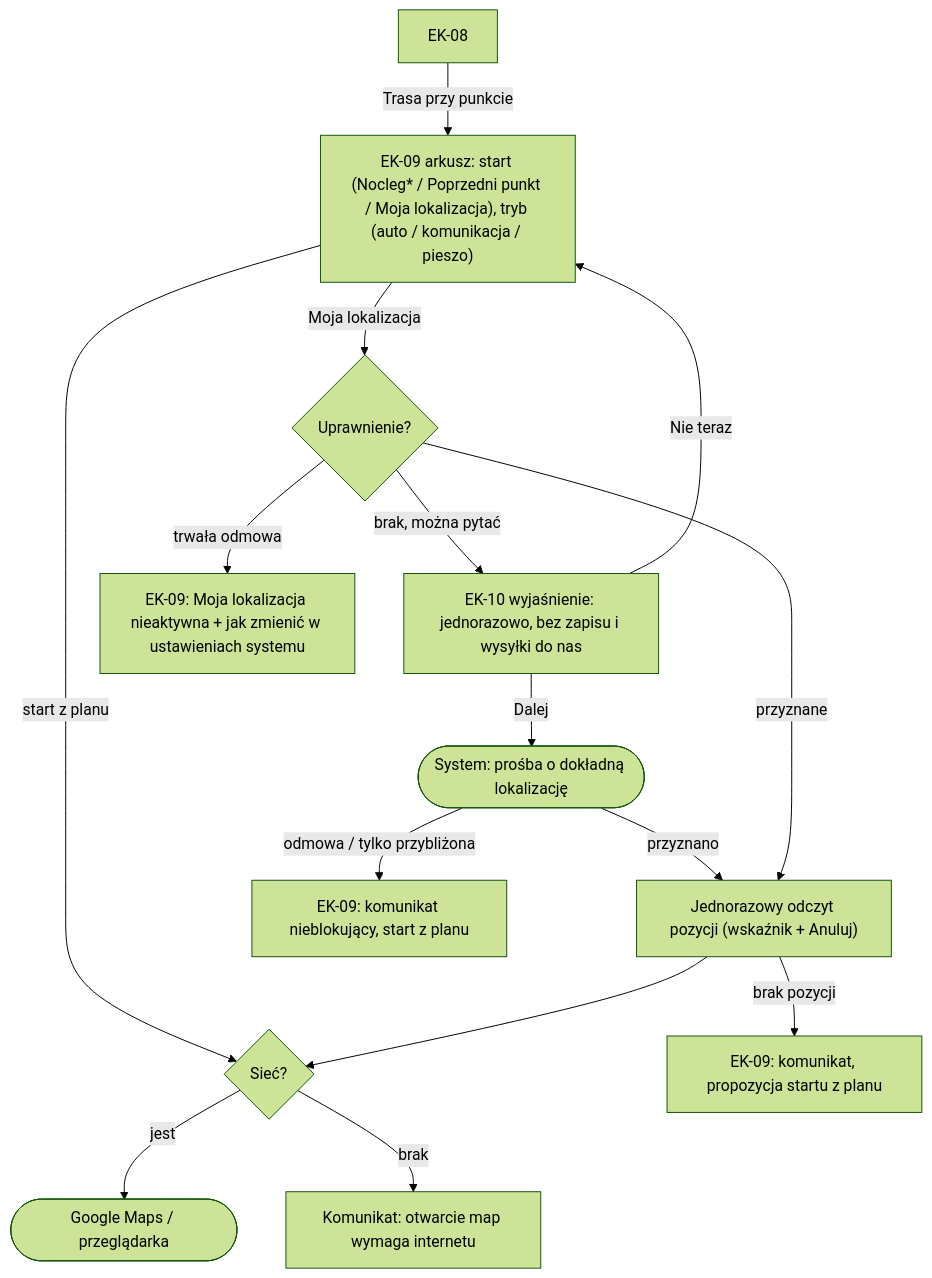
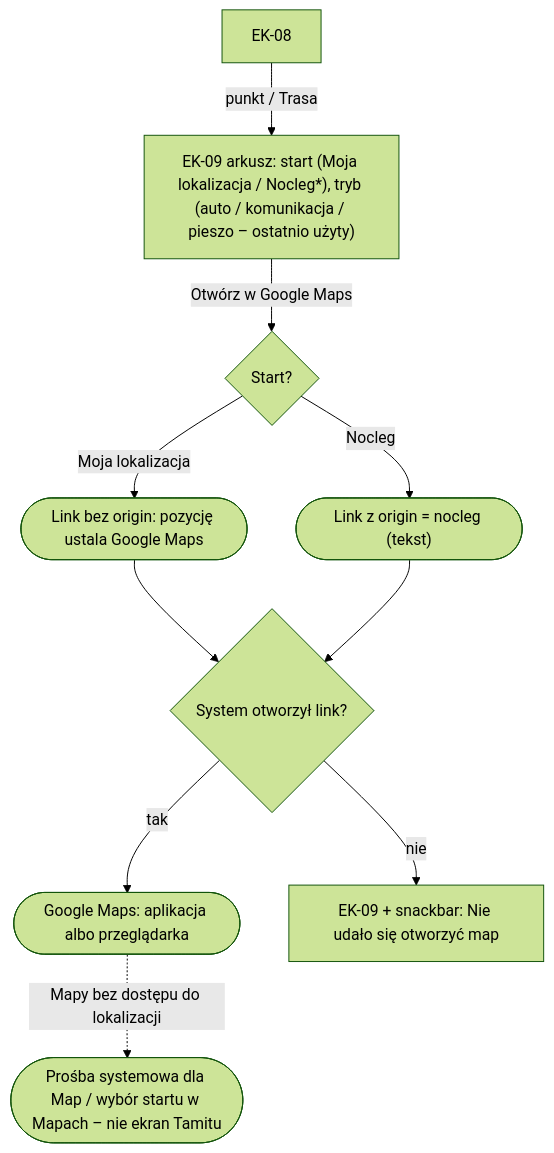
The seventh of 11 diagrams in docs/ux/flows.md (tadecode/tamitu), drawn with Mermaid (forest theme) before and after one commit. The commit also changed other lines of this file and 25 other files, not shown here.

First line of the commit message:
docs(ux): TAM-108 – EK-09 v0.3 w wariancie C (bez lokalizacji w Tamitu), EK-10 wycofany

````diff
--- a/docs/ux/flows.md
+++ b/docs/ux/flows.md
@@ -122,16 +122,12 @@
 ```mermaid
 flowchart TD
-  A["EK-08"] -->|Trasa przy punkcie| B["EK-09 arkusz: start (Nocleg* / Poprzedni punkt / Moja lokalizacja), tryb (auto / komunikacja / pieszo)"]
-  B -->|start z planu| M{"Sieć?"}
-  B -->|Moja lokalizacja| L{"Uprawnienie?"}
-  L -->|brak, można pytać| W["EK-10 wyjaśnienie: jednorazowo, bez zapisu i wysyłki do nas"]
-  W -->|Dalej| S(["System: prośba o dokładną lokalizację"])
-  W -->|Nie teraz| B
-  S -->|przyznano| R["Jednorazowy odczyt pozycji (wskaźnik + Anuluj)"] --> M
-  S -->|odmowa / tylko przybliżona| B5["EK-09: komunikat nieblokujący, start z planu"]
-  L -->|trwała odmowa| B6["EK-09: Moja lokalizacja nieaktywna + jak zmienić w ustawieniach systemu"]
-  L -->|przyznane| R
-  R -->|brak pozycji| B7["EK-09: komunikat, propozycja startu z planu"]
-  M -->|jest| G(["Google Maps / przeglądarka"])
-  M -->|brak| B8["Komunikat: otwarcie map wymaga internetu"]
+  A["EK-08"] -->|punkt / Trasa| B["EK-09 arkusz: start (Moja lokalizacja / Nocleg*), tryb (auto / komunikacja / pieszo – ostatnio użyty)"]
+  B -->|Otwórz w Google Maps| L{"Start?"}
+  L -->|Moja lokalizacja| U1(["Link bez origin: pozycję ustala Google Maps"])
+  L -->|Nocleg| U2(["Link z origin = nocleg (tekst)"])
+  U1 --> S{"System otworzył link?"}
+  U2 --> S
+  S -->|tak| G(["Google Maps: aplikacja albo przeglądarka"])
+  S -->|nie| E["EK-09 + snackbar: Nie udało się otworzyć map"]
+  G -.->|Mapy bez dostępu do lokalizacji| GP(["Prośba systemowa dla Map / wybór startu w Mapach – nie ekran Tamitu"])
 ```
````
